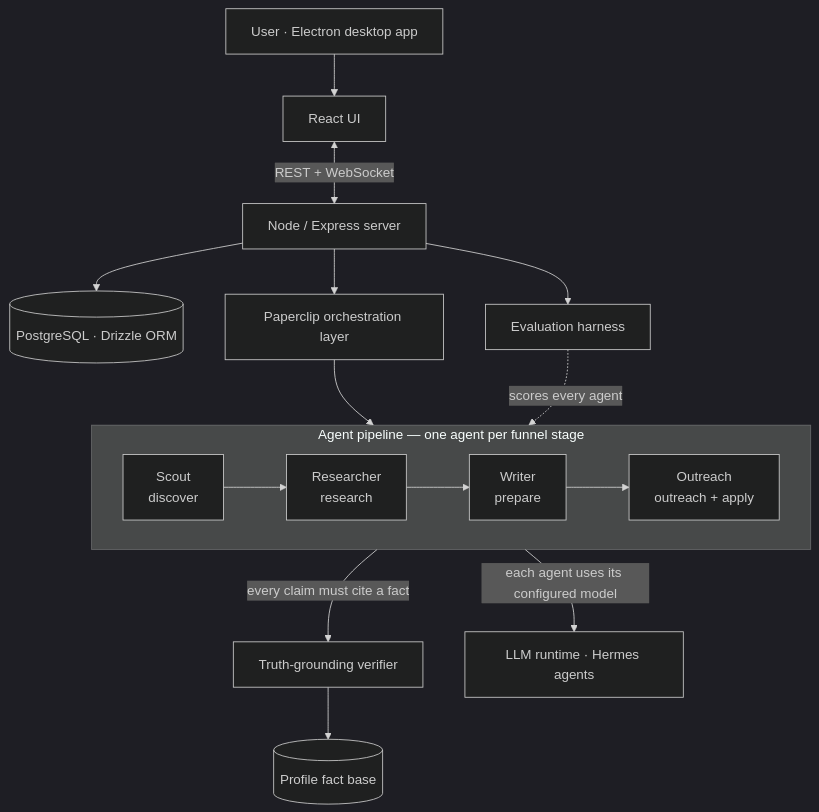
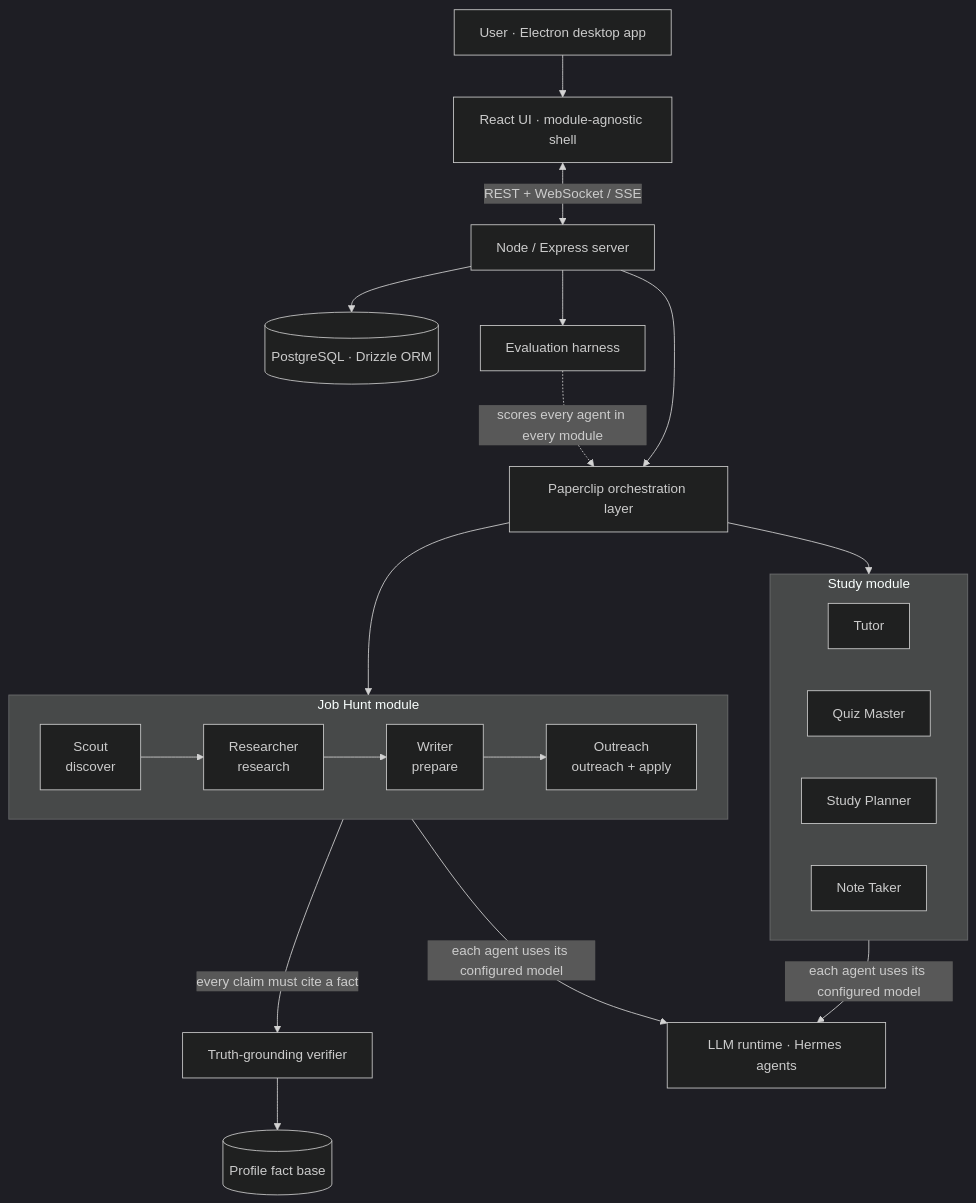
One commit to christinthomasdev/fluid-portfolio changed the diagram in README.md. Above: the diagram before and after it, drawn with Mermaid (dark theme). The commit also changed other lines of this file, not shown here.

First line of the commit message:
Reframe portfolio as a multi-module agent platform

````diff
--- a/README.md
+++ b/README.md
@@ -29,31 +35,41 @@
 ```mermaid
 flowchart TB
     User["User · Electron desktop app"]
-    UI["React UI"]
+    UI["React UI · module-agnostic shell"]
     Server["Node / Express server"]
     DB[("PostgreSQL · Drizzle ORM")]
     Orchestrator["Paperclip orchestration layer"]
     Verifier["Truth-grounding verifier"]
     Facts[("Profile fact base")]
     Evals["Evaluation harness"]
     LLM["LLM runtime · Hermes agents"]
 
     User --> UI
-    UI <-->|"REST + WebSocket"| Server
+    UI <-->|"REST + WebSocket / SSE"| Server
     Server --> DB
     Server --> Orchestrator
     Server --> Evals
-    Orchestrator --> Pipeline
+    Orchestrator --> JobHunt
+    Orchestrator --> Study
 
-    subgraph Pipeline ["Agent pipeline — one agent per funnel stage"]
+    subgraph JobHunt ["Job Hunt module"]
         direction LR
         Scout["Scout<br/>discover"] --> Researcher["Researcher<br/>research"]
         Researcher --> Writer["Writer<br/>prepare"]
         Writer --> Outreach["Outreach<br/>outreach + apply"]
     end
 
-    Pipeline -->|"each agent uses its configured model"| LLM
+    subgraph Study ["Study module"]
+        direction LR
+        Tutor["Tutor"]
+        Quiz["Quiz Master"]
+        Planner["Study Planner"]
+        Notes["Note Taker"]
+    end
+
+    JobHunt -->|"each agent uses its configured model"| LLM
+    Study -->|"each agent uses its configured model"| LLM
     Writer -->|"every claim must cite a fact"| Verifier
     Verifier --> Facts
-    Evals -.->|"scores every agent"| Pipeline
+    Evals -.->|"scores every agent in every module"| Orchestrator
 ```
````
